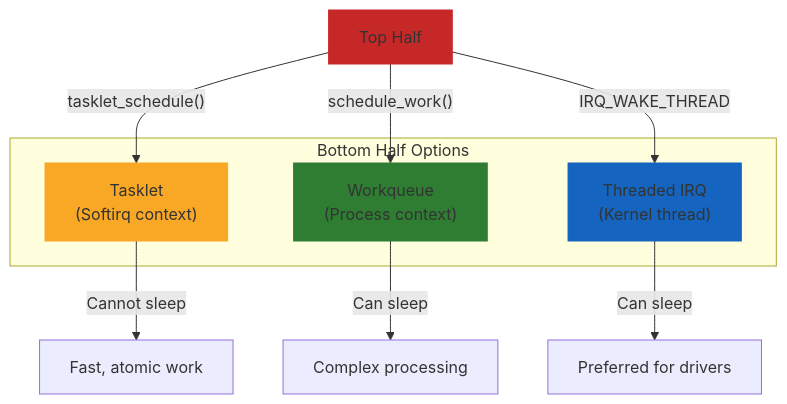
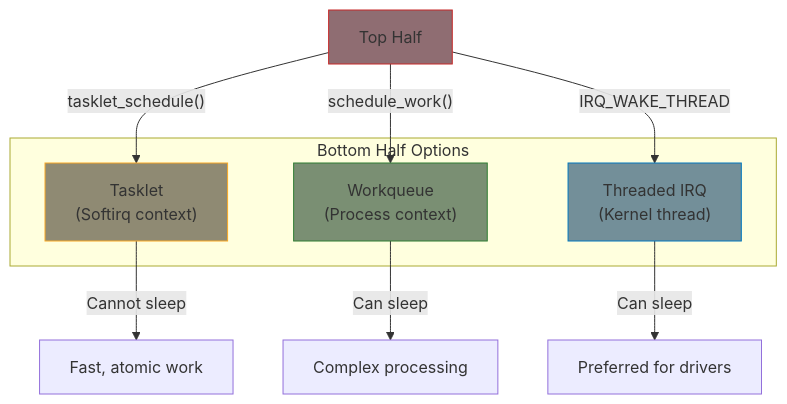
One commit to MichaelTien8901/linux-driver-guide-tutorial changed the second of 4 diagrams in part7/04-top-bottom-halves.md. Above: the diagram before and after it, drawn with Mermaid. The commit also changed other lines of this file and 36 other files, not shown here.

Commit message:
Fix mermaid diagram colors to use consistent paper-like theme

````diff
--- a/part7/04-top-bottom-halves.md
+++ b/part7/04-top-bottom-halves.md
@@ -77,23 +77,23 @@
 ```mermaid
 flowchart TB
     TH[Top Half]
 
     subgraph BH["Bottom Half Options"]
         TL["Tasklet<br/>(Softirq context)"]
         WQ["Workqueue<br/>(Process context)"]
         TI["Threaded IRQ<br/>(Kernel thread)"]
     end
 
     TH -->|"tasklet_schedule()"| TL
     TH -->|"schedule_work()"| WQ
     TH -->|"IRQ_WAKE_THREAD"| TI
 
     TL -->|"Cannot sleep"| R1[Fast, atomic work]
     WQ -->|"Can sleep"| R2[Complex processing]
     TI -->|"Can sleep"| R3[Preferred for drivers]
 
-    style TH fill:#c62828,stroke:#c62828
-    style TL fill:#f9a825,stroke:#f9a825
-    style WQ fill:#2e7d32,stroke:#2e7d32
-    style TI fill:#1565c0,stroke:#1565c0
+    style TH fill:#8f6d72,stroke:#c62828
+    style TL fill:#8f8a73,stroke:#f9a825
+    style WQ fill:#7a8f73,stroke:#2e7d32
+    style TI fill:#738f99,stroke:#0277bd
 ```
````
